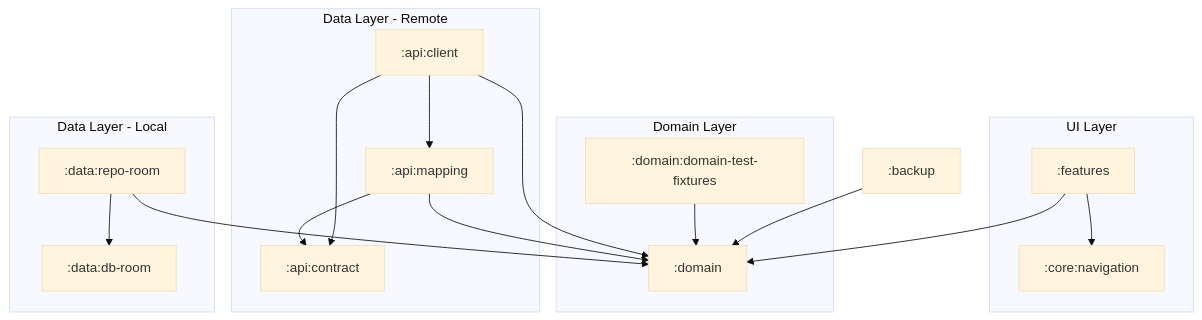
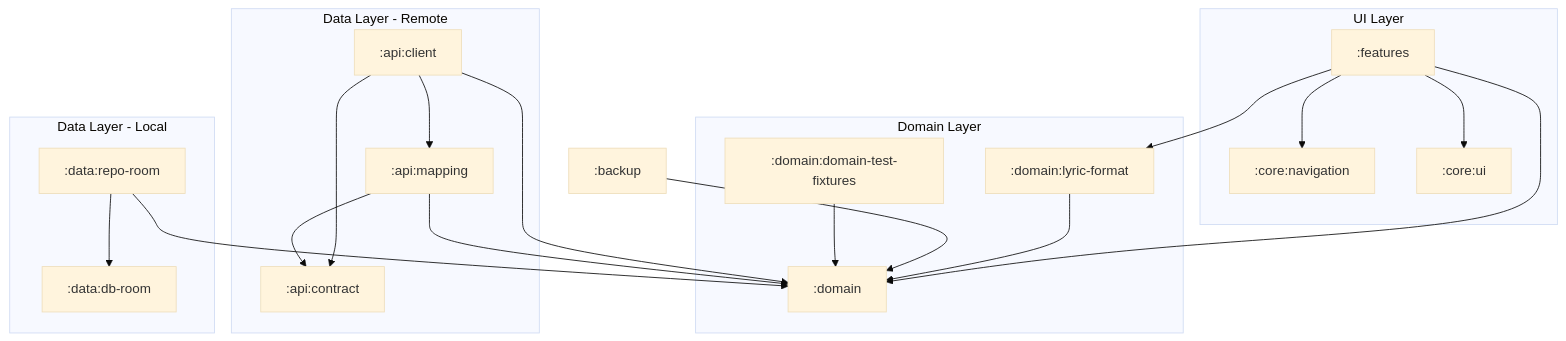
Before and after one commit to alelk/pws-core: the diagram in docs/MODULES.md, drawn with Mermaid (base theme). The commit also changed other lines of this file and 8 other files, not shown here.

Commit message:
docs: Update architecture and documentation for new lyric-format module and search functionality

````diff
--- a/docs/MODULES.md
+++ b/docs/MODULES.md
@@ -232,41 +272,47 @@
 ```mermaid
 graph TD
     subgraph "UI Layer"
         features[":features"]
         navigation[":core:navigation"]
+        coreui[":core:ui"]
     end
     
     subgraph "Domain Layer"
         domain[":domain"]
+        lyricformat[":domain:lyric-format"]
         fixtures[":domain:domain-test-fixtures"]
     end
     
     subgraph "Data Layer - Remote"
         client[":api:client"]
         contract[":api:contract"]
         mapping[":api:mapping"]
     end
     
     subgraph "Data Layer - Local"
         room[":data:db-room"]
         reporoom[":data:repo-room"]
     end
     
     backup[":backup"]
     
     features --> domain
+    features --> lyricformat
     features --> navigation
+    features --> coreui
+    
+    lyricformat --> domain
     
     client --> domain
     client --> contract
     client --> mapping
     mapping --> contract
     mapping --> domain
     
     reporoom --> domain
     reporoom --> room
     
     backup --> domain
     
     fixtures --> domain
 ```
````
